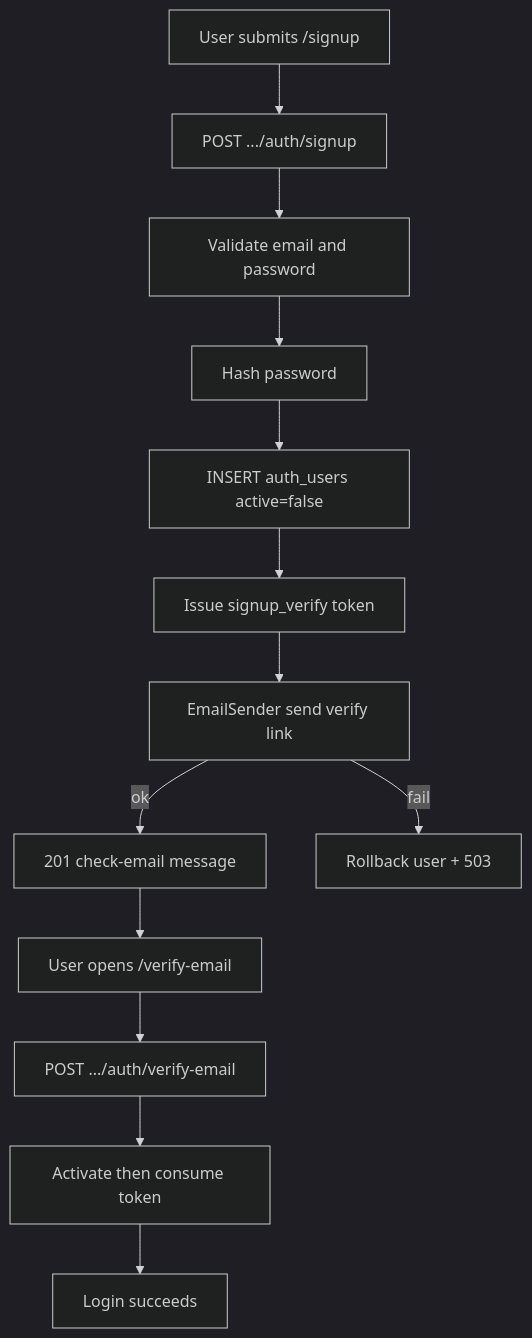
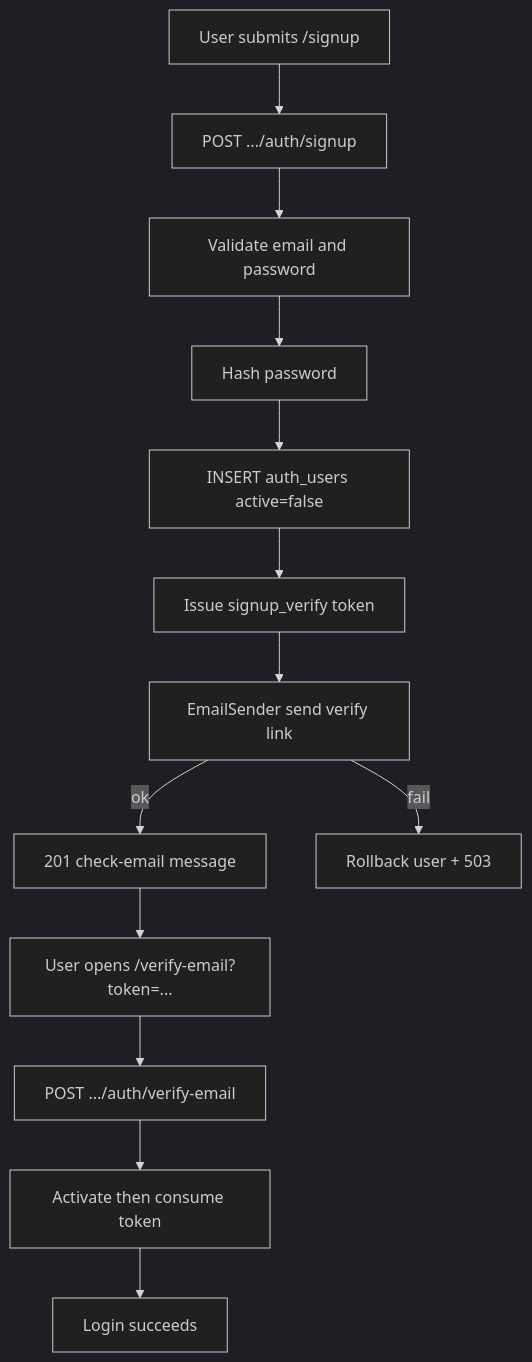
One commit to mikeyjay39/life-manager changed the first of 5 diagrams in docs/development_faq.md. Above: the diagram before and after it, drawn with Mermaid (dark theme). The commit also changed other lines of this file and 1 other file, not shown here.

````diff
--- a/docs/development_faq.md
+++ b/docs/development_faq.md
@@ -143,15 +143,15 @@
 ```mermaid
 flowchart TD
   A[User submits /signup] --> B[POST .../auth/signup]
   B --> C[Validate email and password]
   C --> D[Hash password]
   D --> E["INSERT auth_users active=false"]
   E --> F[Issue signup_verify token]
   F --> G[EmailSender send verify link]
   G -->|ok| H[201 check-email message]
   G -->|fail| I[Rollback user + 503]
-  H --> J[User opens /verify-email]
+  H --> J["User opens /verify-email?token=..."]
   J --> K[POST .../auth/verify-email]
   K --> L[Activate then consume token]
   L --> M[Login succeeds]
 ```
````
